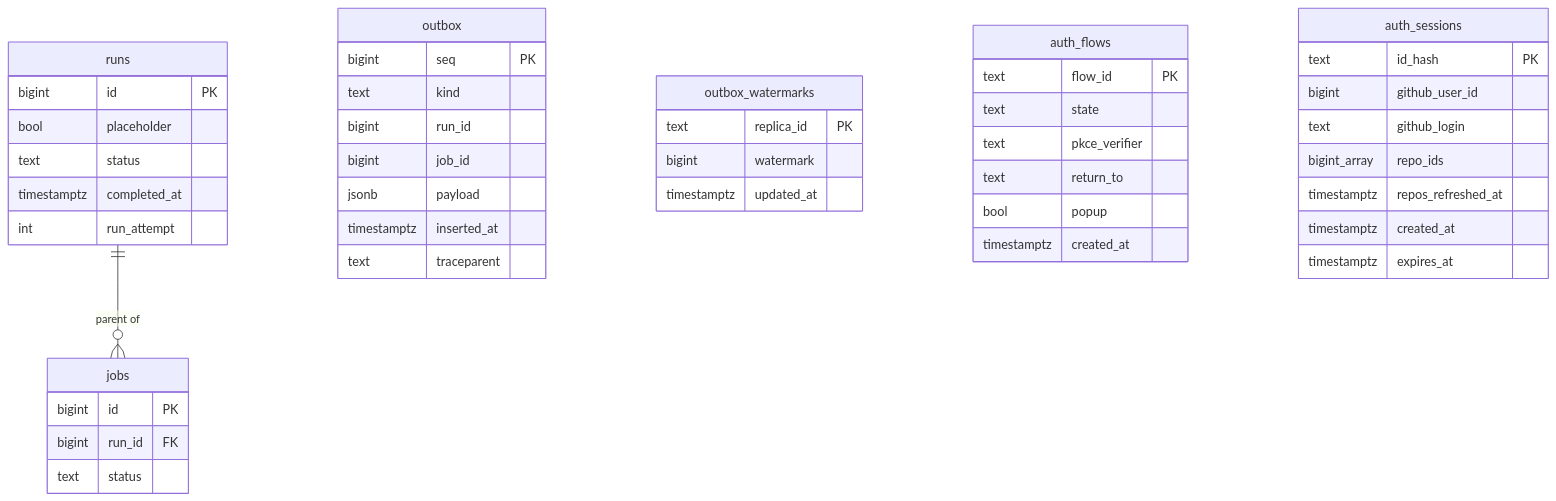
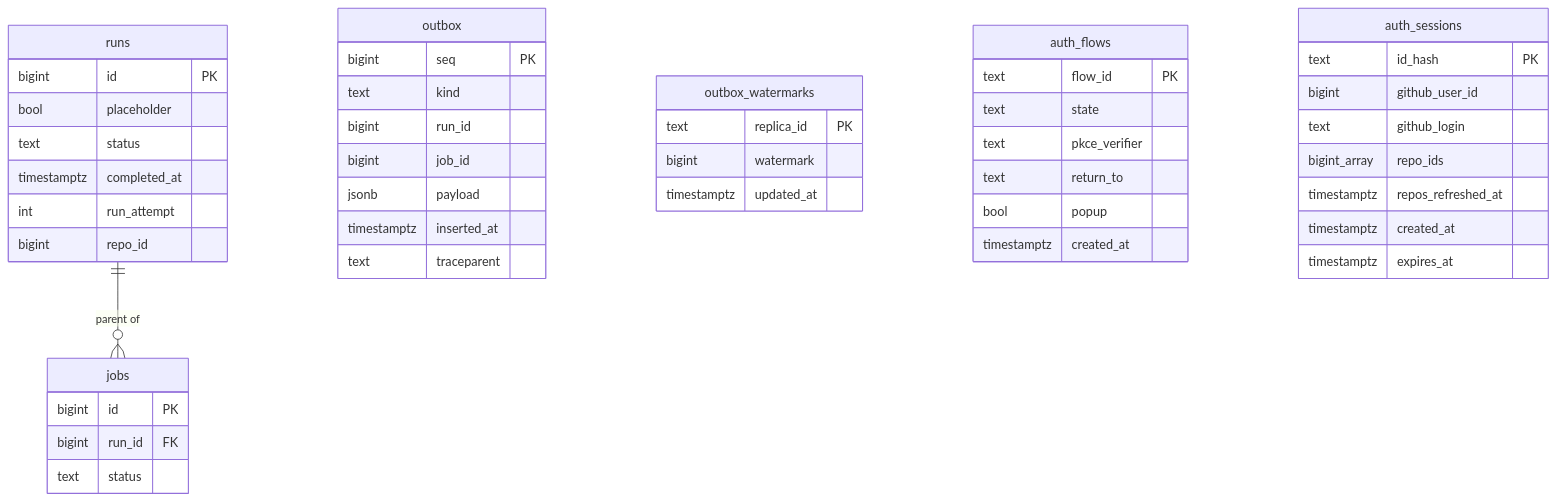
One commit to bojanrajkovic/atc changed the third of 5 diagrams in docs/architecture/backend-server.md. Above: the diagram before and after it, drawn with Mermaid. The commit also changed other lines of this file and 15 other files, not shown here.

````diff
--- a/docs/architecture/backend-server.md
+++ b/docs/architecture/backend-server.md
@@ -149,48 +150,49 @@
 ```mermaid
 erDiagram
     runs {
         bigint id PK
         bool placeholder
         text status
         timestamptz completed_at
         int run_attempt
+        bigint repo_id
     }
     jobs {
         bigint id PK
         bigint run_id FK
         text status
     }
     outbox {
         bigint seq PK
         text kind
         bigint run_id
         bigint job_id
         jsonb payload
         timestamptz inserted_at
         text traceparent
     }
     outbox_watermarks {
         text replica_id PK
         bigint watermark
         timestamptz updated_at
     }
     auth_flows {
         text flow_id PK
         text state
         text pkce_verifier
         text return_to
         bool popup
         timestamptz created_at
     }
     auth_sessions {
         text id_hash PK
         bigint github_user_id
         text github_login
         bigint_array repo_ids
         timestamptz repos_refreshed_at
         timestamptz created_at
         timestamptz expires_at
     }
 
     runs ||--o{ jobs : "parent of"
 ```
````
